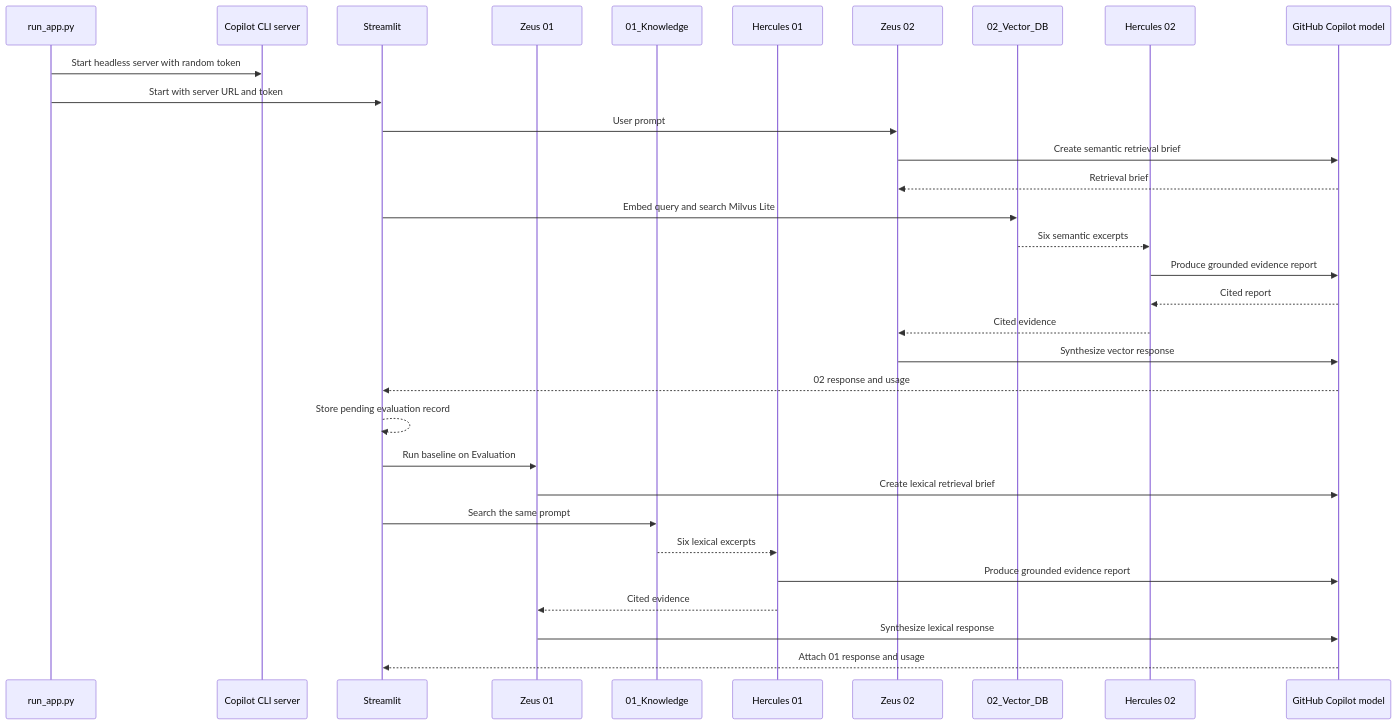
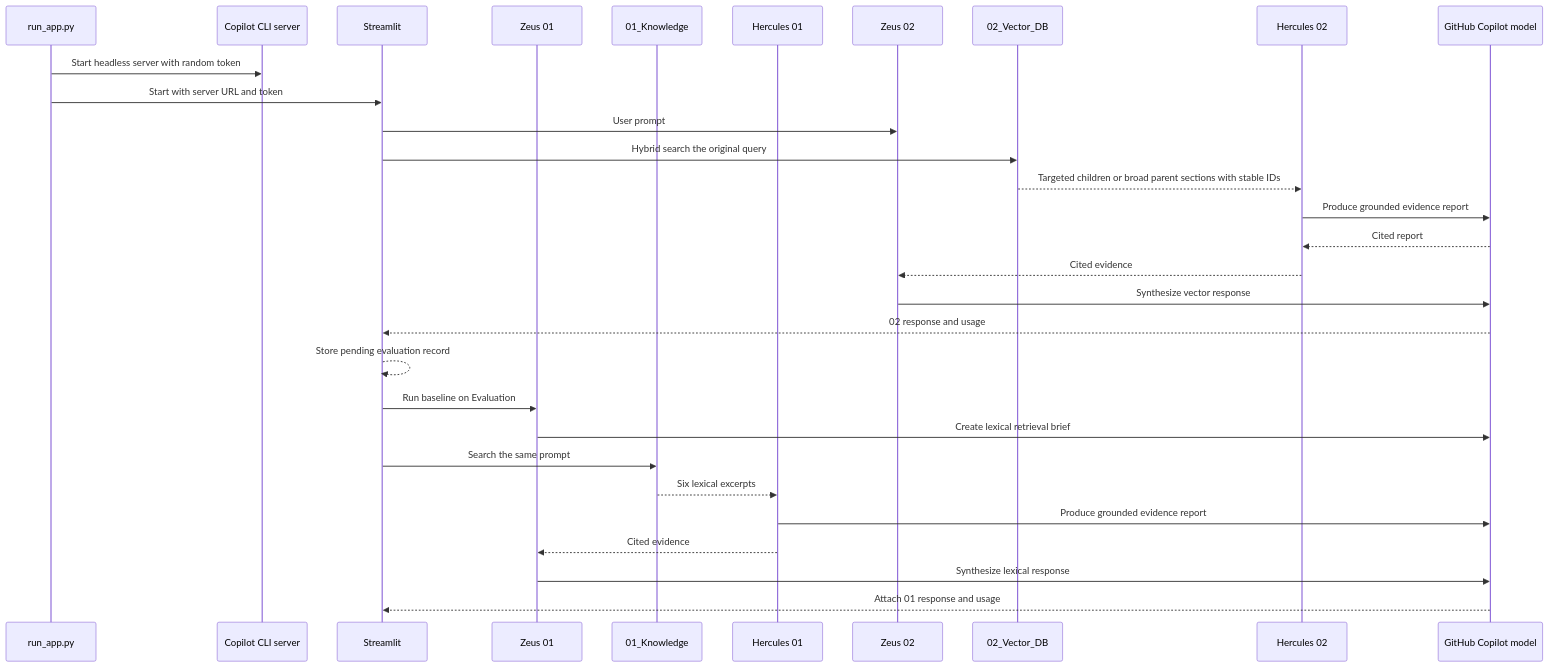
Before and after one commit to vsayala/agentic_ai_olympus: the second of 2 diagrams in README.md, drawn with Mermaid. The commit also changed other lines of this file and 17 other files, not shown here.

````diff
--- a/README.md
+++ b/README.md
@@ -112,35 +125,33 @@
 ```mermaid
 sequenceDiagram
    participant Launcher as run_app.py
    participant CLI as Copilot CLI server
    participant UI as Streamlit
    participant KZ as Zeus 01
    participant KB as 01_Knowledge
    participant KH as Hercules 01
    participant VZ as Zeus 02
    participant VDB as 02_Vector_DB
    participant VH as Hercules 02
    participant Model as GitHub Copilot model
 
    Launcher->>CLI: Start headless server with random token
    Launcher->>UI: Start with server URL and token
    UI->>VZ: User prompt
-   VZ->>Model: Create semantic retrieval brief
-   Model-->>VZ: Retrieval brief
-   UI->>VDB: Embed query and search Milvus Lite
-   VDB-->>VH: Six semantic excerpts
+   UI->>VDB: Hybrid search the original query
+   VDB-->>VH: Targeted children or broad parent sections with stable IDs
    VH->>Model: Produce grounded evidence report
    Model-->>VH: Cited report
    VH-->>VZ: Cited evidence
    VZ->>Model: Synthesize vector response
    Model-->>UI: 02 response and usage
    UI-->>UI: Store pending evaluation record
    UI->>KZ: Run baseline on Evaluation
    KZ->>Model: Create lexical retrieval brief
    UI->>KB: Search the same prompt
    KB-->>KH: Six lexical excerpts
    KH->>Model: Produce grounded evidence report
    KH-->>KZ: Cited evidence
    KZ->>Model: Synthesize lexical response
    Model-->>UI: Attach 01 response and usage
 ```
````
